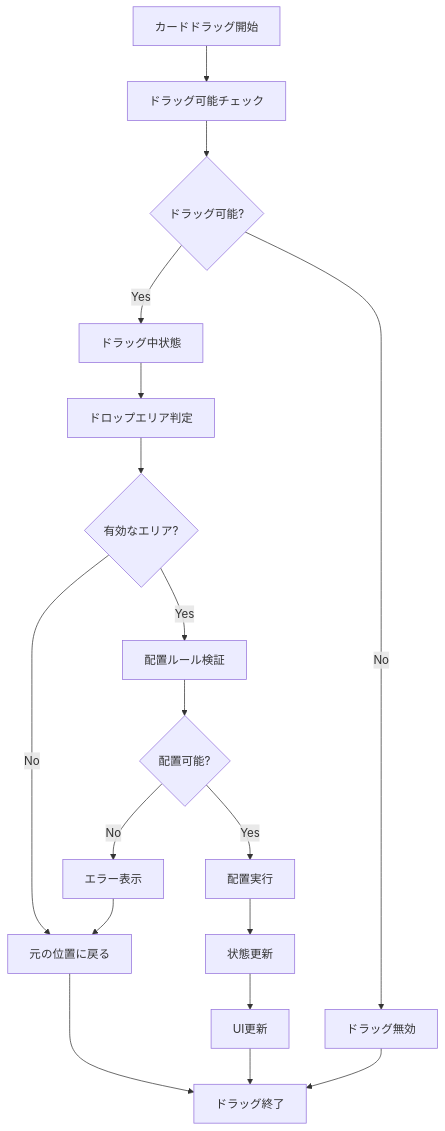
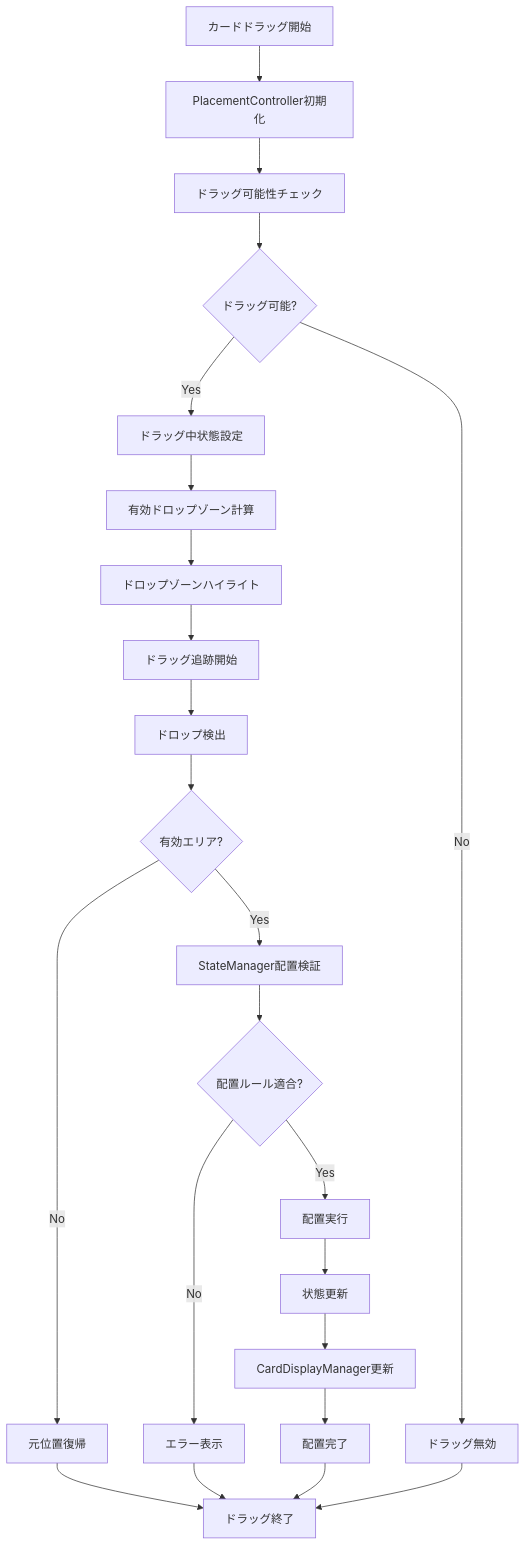
One commit to ikachan-desuyo/hololive_card_list_check changed the tenth of 21 diagrams in battle_simulator/docs/STATE_FLOW.md. Above: the diagram before and after it, drawn with Mermaid. The commit also changed other lines of this file and 10 other files, not shown here.

````diff
--- a/battle_simulator/docs/STATE_FLOW.md
+++ b/battle_simulator/docs/STATE_FLOW.md
@@ -111,20 +178,25 @@
 ```mermaid
 flowchart TD
-    A[カードドラッグ開始] --> B[ドラッグ可能チェック]
-    B --> C{ドラッグ可能?}
-    C -->|No| D[ドラッグ無効]
-    C -->|Yes| E[ドラッグ中状態]
-    E --> F[ドロップエリア判定]
-    F --> G{有効なエリア?}
-    G -->|No| H[元の位置に戻る]
-    G -->|Yes| I[配置ルール検証]
-    I --> J{配置可能?}
-    J -->|No| K[エラー表示]
-    J -->|Yes| L[配置実行]
-    L --> M[状態更新]
-    M --> N[UI更新]
-    K --> H
-    H --> O[ドラッグ終了]
-    N --> O
-    D --> O
+    A[カードドラッグ開始] --> B[PlacementController初期化]
+    B --> C[ドラッグ可能性チェック]
+    C --> D{ドラッグ可能?}
+    D -->|No| E[ドラッグ無効]
+    D -->|Yes| F[ドラッグ中状態設定]
+    F --> G[有効ドロップゾーン計算]
+    G --> H[ドロップゾーンハイライト]
+    H --> I[ドラッグ追跡開始]
+    I --> J[ドロップ検出]
+    J --> K{有効エリア?}
+    K -->|No| L[元位置復帰]
+    K -->|Yes| M[StateManager配置検証]
+    M --> N{配置ルール適合?}
+    N -->|No| O[エラー表示]
+    N -->|Yes| P[配置実行]
+    P --> Q[状態更新]
+    Q --> R[CardDisplayManager更新]
+    R --> S[配置完了]
+    L --> T[ドラッグ終了]
+    O --> T
+    S --> T
+    E --> T
 ```
````
